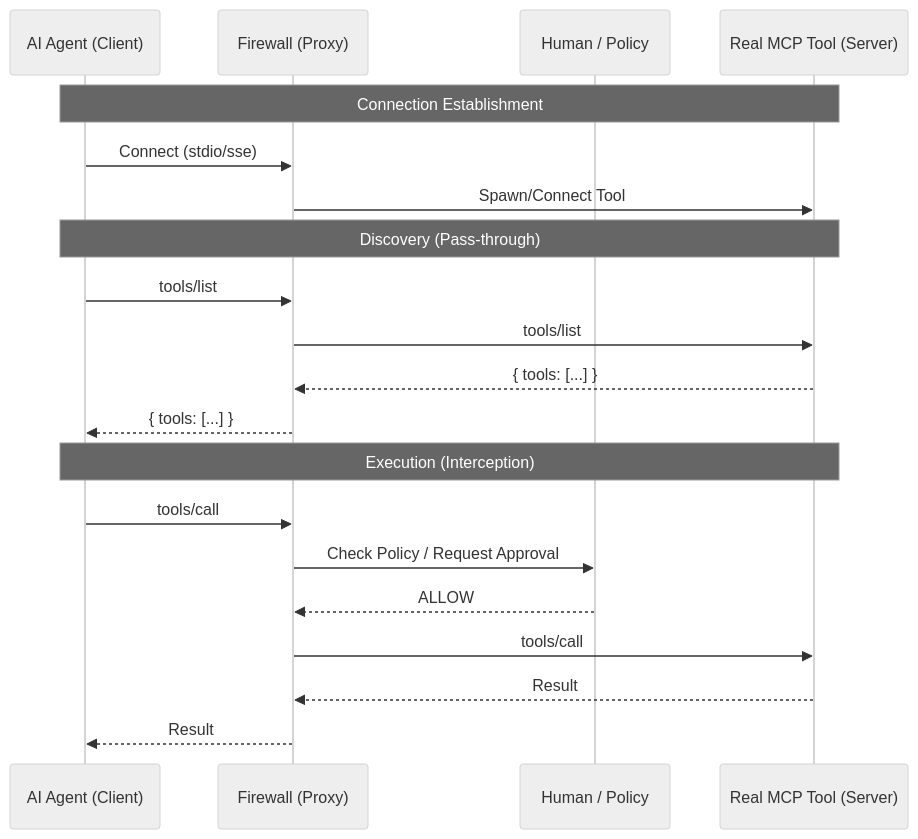
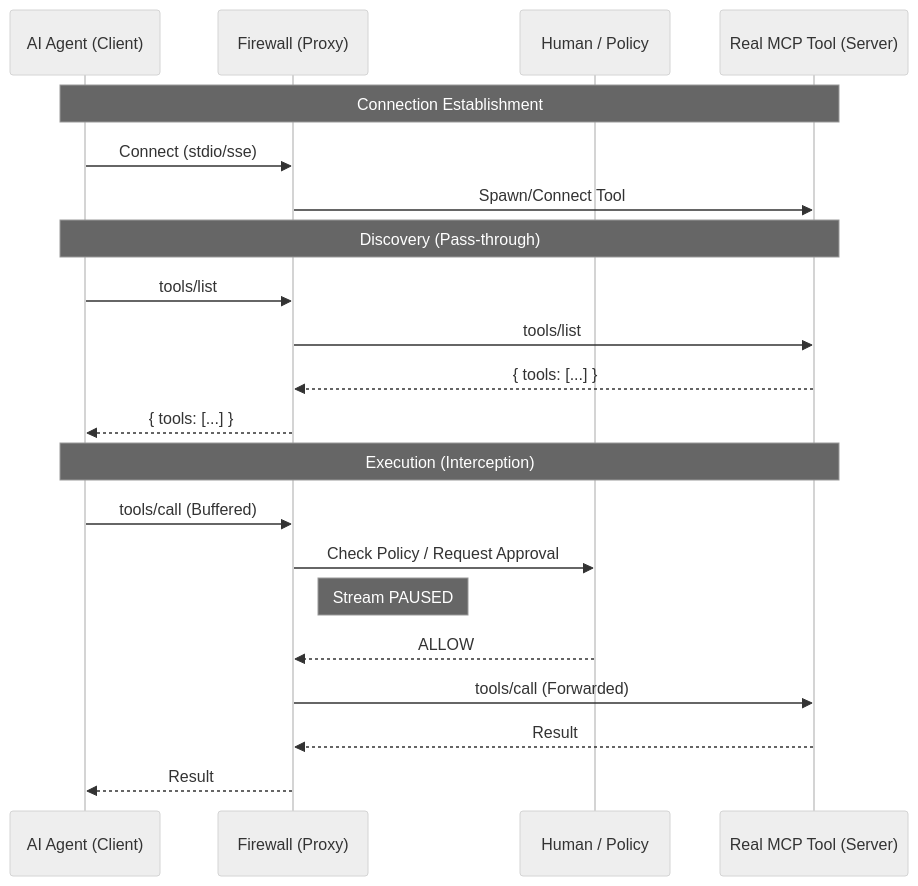
One commit to kagi-labs/aegis changed the diagram in docs/ARCHITECTURE.md. Above: the diagram before and after it, drawn with Mermaid (neutral theme). The commit also changed other lines of this file, not shown here.

Commit message:
Adjust architecture: Detailed interception logic and clarify Registration vs Installation

````diff
--- a/docs/ARCHITECTURE.md
+++ b/docs/ARCHITECTURE.md
@@ -8,25 +16,26 @@
 ```mermaid
 sequenceDiagram
     participant Client as AI Agent (Client)
     participant FW as Firewall (Proxy)
     participant Human as Human / Policy
     participant Server as Real MCP Tool (Server)
 
     Note over Client, Server: Connection Establishment
     Client->>FW: Connect (stdio/sse)
     FW->>Server: Spawn/Connect Tool
     
     Note over Client, Server: Discovery (Pass-through)
     Client->>FW: tools/list
     FW->>Server: tools/list
     Server-->>FW: { tools: [...] }
     FW-->>Client: { tools: [...] }
 
     Note over Client, Server: Execution (Interception)
-    Client->>FW: tools/call
+    Client->>FW: tools/call (Buffered)
     FW->>Human: Check Policy / Request Approval
+    Note right of FW: Stream PAUSED
     Human-->>FW: ALLOW
-    FW->>Server: tools/call
+    FW->>Server: tools/call (Forwarded)
     Server-->>FW: Result
     FW-->>Client: Result
 ```
````
